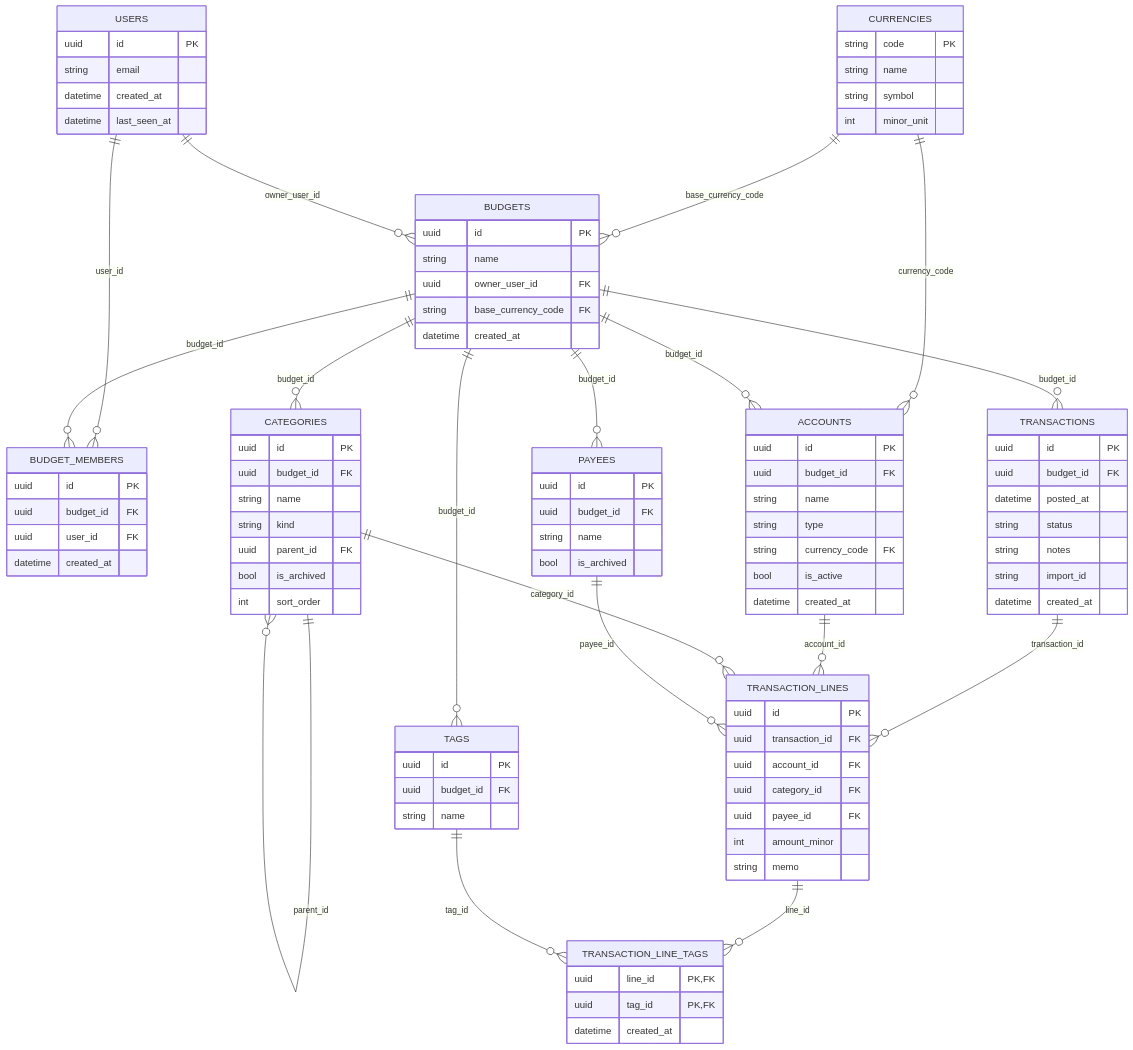
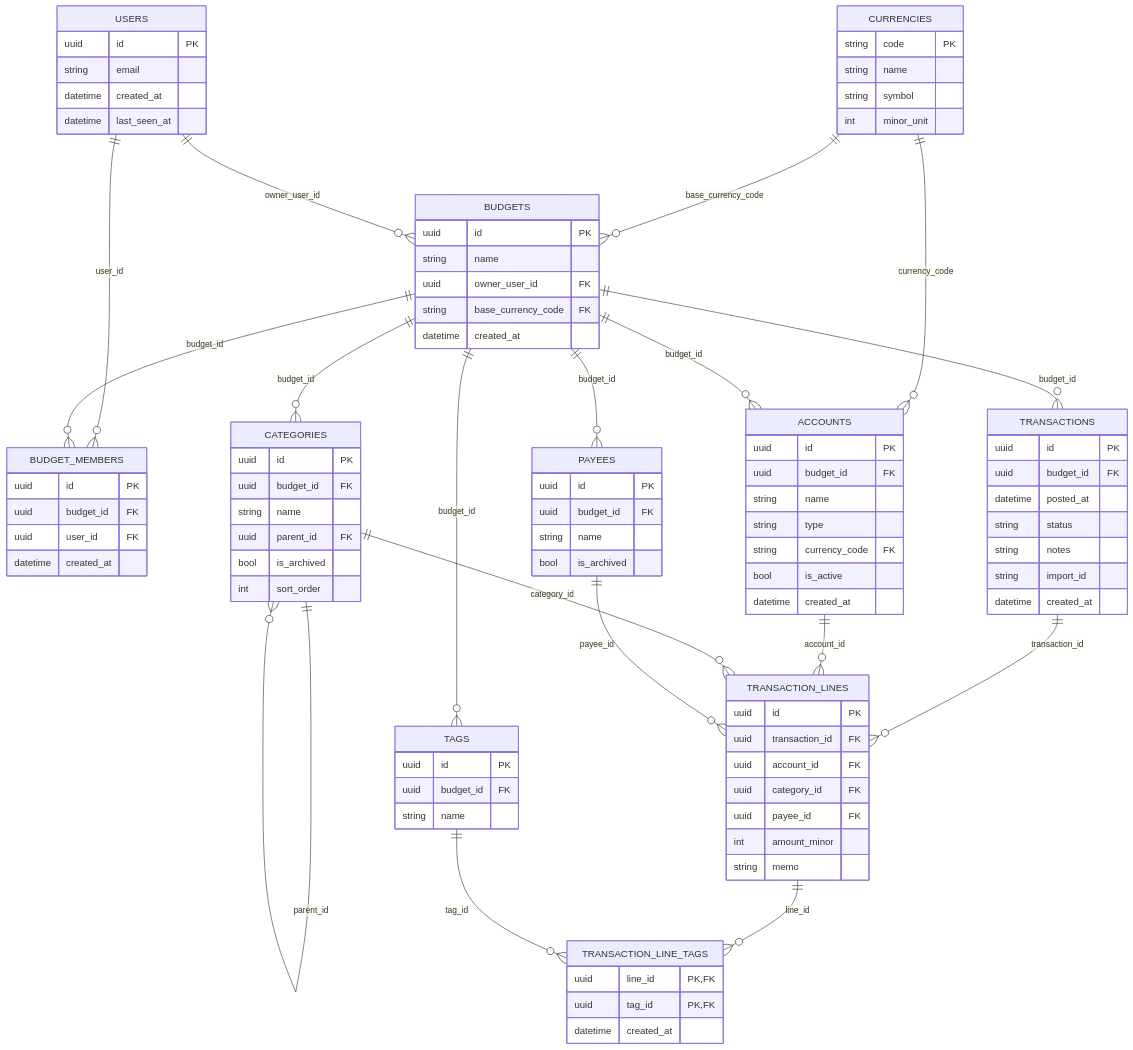
One commit to MasonFlint44/budgetbros-budget-api changed the diagram in diagrams/tables.mmd. Above: the diagram before and after it, drawn with Mermaid. The commit also changed 17 other files, not shown here.

```diff
--- a/diagrams/tables.mmd
+++ b/diagrams/tables.mmd
@@ -1,133 +1,132 @@
 erDiagram
   CURRENCIES {
     string code PK
     string name
     string symbol
     int minor_unit
   }
 
   USERS {
     uuid id PK
     string email
     datetime created_at
     datetime last_seen_at
   }
 
   BUDGETS {
     uuid id PK
     string name
     uuid owner_user_id FK
     string base_currency_code FK
     datetime created_at
   }
 
   BUDGET_MEMBERS {
     uuid id PK
     uuid budget_id FK
     uuid user_id FK
     datetime created_at
   }
   %% INDEXES
   %% ix_budget_members_user_id (user_id)
   %% ix_budget_members_budget_id (budget_id)
 
   ACCOUNTS {
     uuid id PK
     uuid budget_id FK
     string name
     string type
     string currency_code FK
     bool is_active
     datetime created_at
   }
   %% INDEXES
   %% ix_accounts_budget_id (budget_id)
 
   CATEGORIES {
     uuid id PK
     uuid budget_id FK
     string name
-    string kind
     uuid parent_id FK
     bool is_archived
     int sort_order
   }
   %% INDEXES
   %% ix_categories_budget_id (budget_id)
   %% ix_categories_parent_id (parent_id)
 
   PAYEES {
     uuid id PK
     uuid budget_id FK
     string name
     bool is_archived
   }
   %% INDEXES
   %% ix_payees_budget_id (budget_id)
 
   TRANSACTIONS {
     uuid id PK
     uuid budget_id FK
     datetime posted_at
     string status
     string notes
     string import_id
     datetime created_at
   }
   %% INDEXES
   %% ix_transactions_budget_posted_created_id (budget_id, posted_at desc, created_at desc, id desc)
 
   TRANSACTION_LINES {
     uuid id PK
     uuid transaction_id FK
     uuid account_id FK
     uuid category_id FK
     uuid payee_id FK
     int amount_minor
     string memo
   }
   %% INDEXES
   %% ix_transaction_lines_transaction_id (transaction_id)
   %% ix_transaction_lines_account_id (account_id)
   %% ix_transaction_lines_category_id (category_id)
   %% ix_transaction_lines_payee_id (payee_id)
 
   TAGS {
     uuid id PK
     uuid budget_id FK
     string name
   }
   %% INDEXES
   %% ix_tags_budget_id (budget_id)
 
   TRANSACTION_LINE_TAGS {
     uuid line_id PK, FK
     uuid tag_id PK, FK
     datetime created_at
   }
   %% INDEXES
   %% ix_transaction_line_tags_tag_id (tag_id)
 
   CURRENCIES ||--o{ BUDGETS : base_currency_code
   CURRENCIES ||--o{ ACCOUNTS : currency_code
 
   USERS ||--o{ BUDGET_MEMBERS : user_id
   BUDGETS ||--o{ BUDGET_MEMBERS : budget_id
 
   USERS ||--o{ BUDGETS : owner_user_id
 
   BUDGETS ||--o{ ACCOUNTS : budget_id
   BUDGETS ||--o{ CATEGORIES : budget_id
   BUDGETS ||--o{ PAYEES : budget_id
   BUDGETS ||--o{ TRANSACTIONS : budget_id
   BUDGETS ||--o{ TAGS : budget_id
 
   CATEGORIES ||--o{ CATEGORIES : parent_id
 
   TRANSACTIONS ||--o{ TRANSACTION_LINES : transaction_id
   ACCOUNTS ||--o{ TRANSACTION_LINES : account_id
   CATEGORIES ||--o{ TRANSACTION_LINES : category_id
   PAYEES ||--o{ TRANSACTION_LINES : payee_id
 
   TRANSACTION_LINES ||--o{ TRANSACTION_LINE_TAGS : line_id
   TAGS ||--o{ TRANSACTION_LINE_TAGS : tag_id
```
